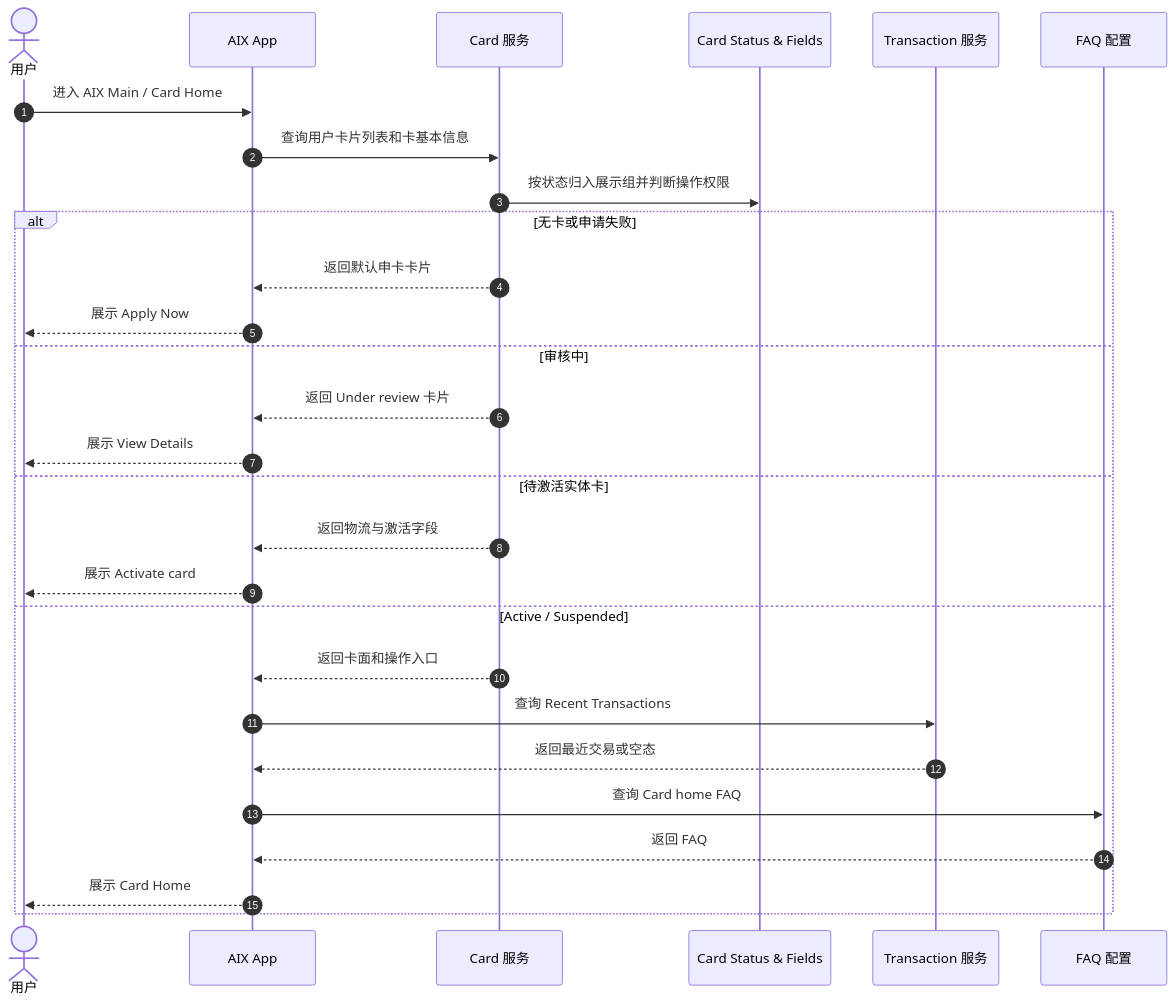
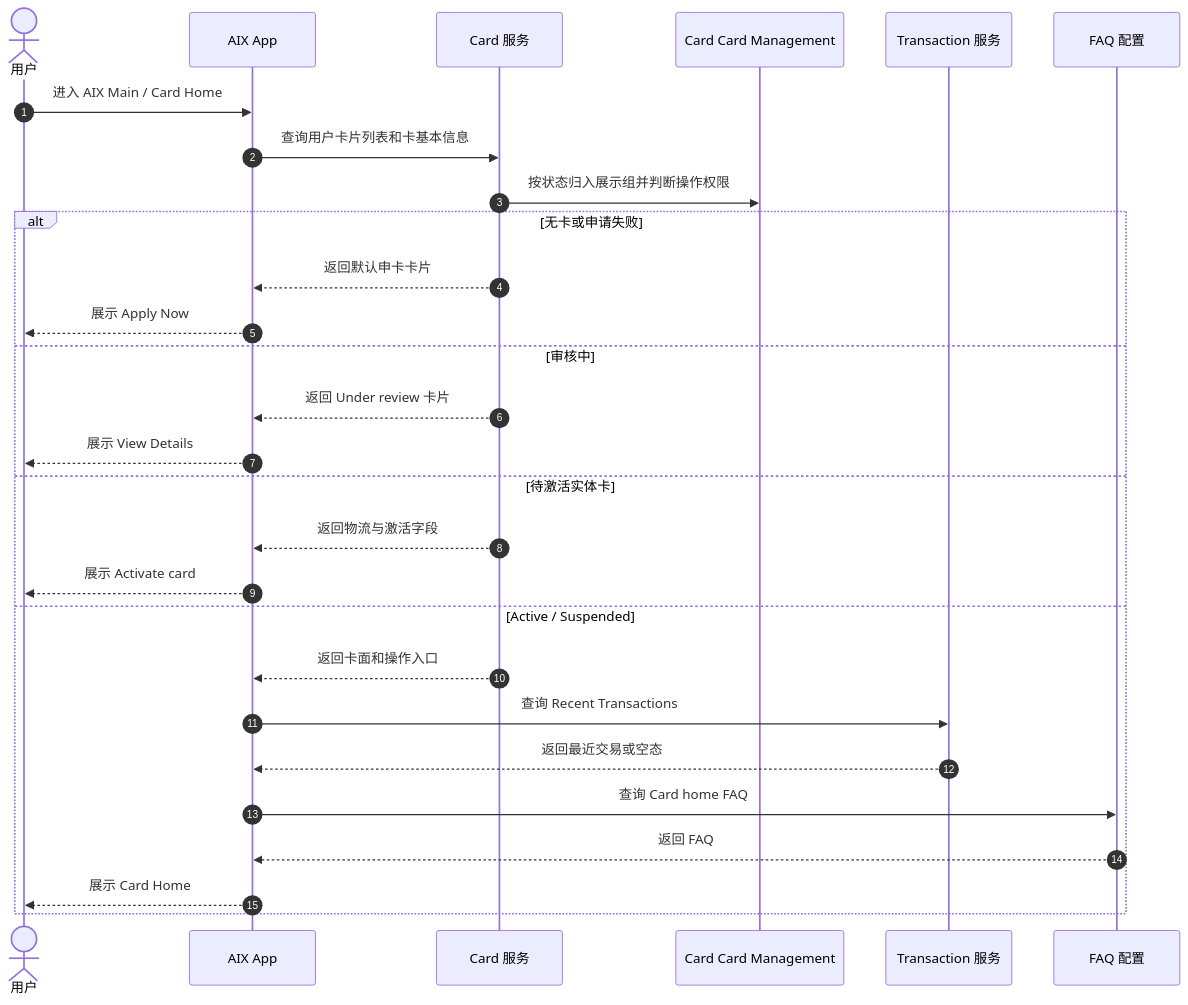
One commit to kelvin381539960-cyber/prd-for-ai changed the first of 2 diagrams in knowledge-base/card/card-home.md. Above: the diagram before and after it, drawn with Mermaid. The commit also changed other lines of this file, not shown here.

Commit message:
Update card home references after consolidation

````diff
--- a/knowledge-base/card/card-home.md
+++ b/knowledge-base/card/card-home.md
@@ -68,31 +68,31 @@
 ```mermaid
 sequenceDiagram
     autonumber
     actor 用户
     participant App as AIX App
     participant Card as Card 服务
-    participant Status as Card Status & Fields
+    participant Status as Card Card Management
     participant Txn as Transaction 服务
     participant FAQ as FAQ 配置
 
     用户->>App: 进入 AIX Main / Card Home
     App->>Card: 查询用户卡片列表和卡基本信息
     Card->>Status: 按状态归入展示组并判断操作权限
     alt 无卡或申请失败
         Card-->>App: 返回默认申卡卡片
         App-->>用户: 展示 Apply Now
     else 审核中
         Card-->>App: 返回 Under review 卡片
         App-->>用户: 展示 View Details
     else 待激活实体卡
         Card-->>App: 返回物流与激活字段
         App-->>用户: 展示 Activate card
     else Active / Suspended
         Card-->>App: 返回卡面和操作入口
         App->>Txn: 查询 Recent Transactions
         Txn-->>App: 返回最近交易或空态
         App->>FAQ: 查询 Card home FAQ
         FAQ-->>App: 返回 FAQ
         App-->>用户: 展示 Card Home
     end
 ```
````
